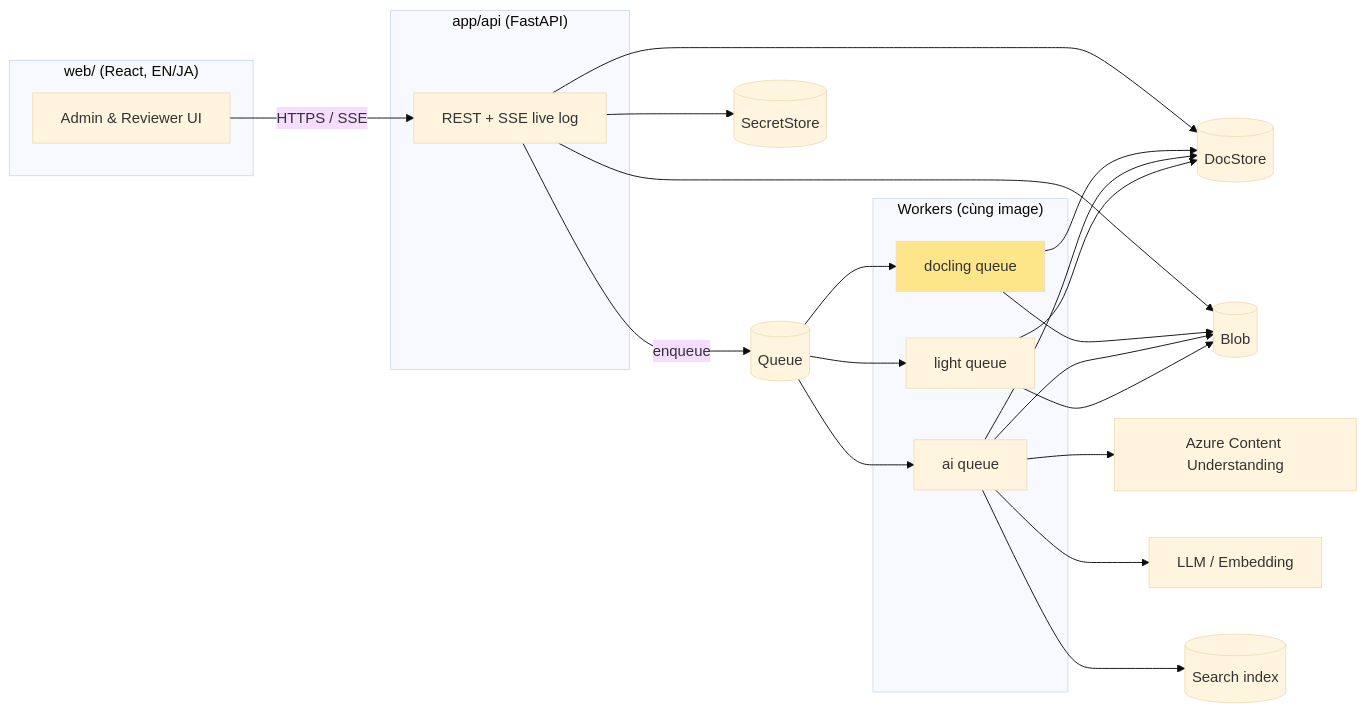
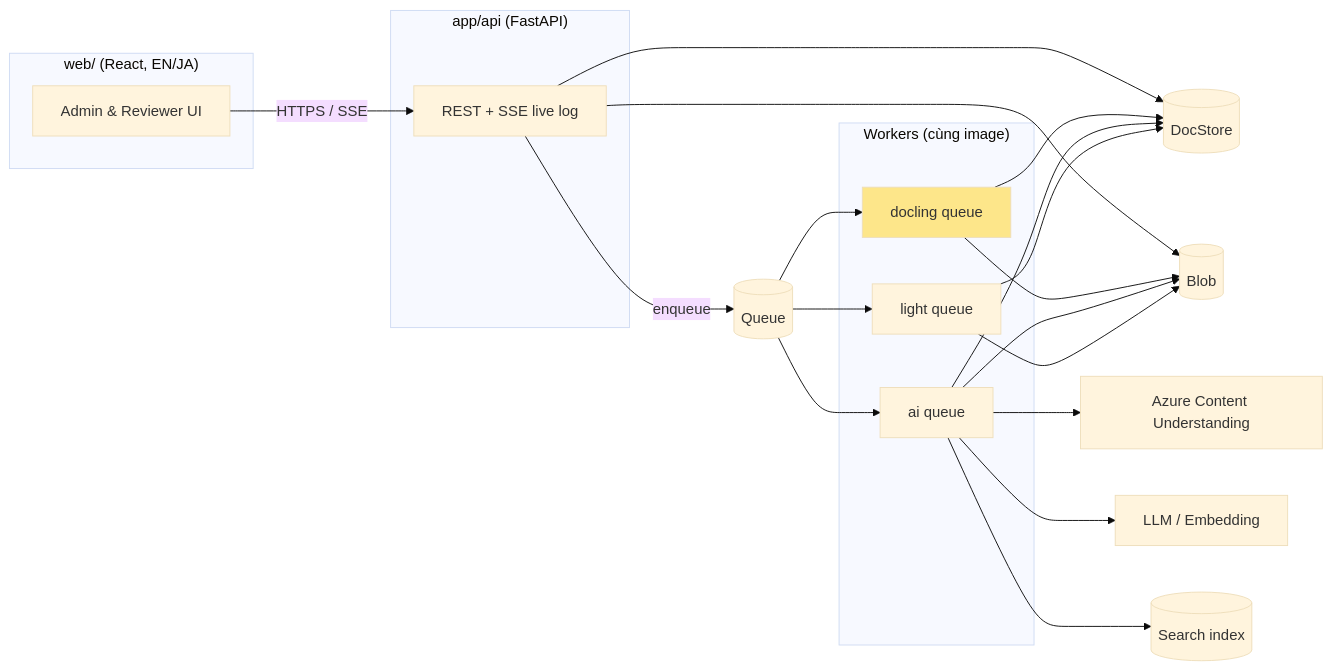
Before and after one commit to sang-hv/hoken-poc: the first of 2 diagrams in docs/ARCHITECTURE.md, drawn with Mermaid (base theme). The commit also changed other lines of this file and 75 other files, not shown here.

````diff
--- a/docs/ARCHITECTURE.md
+++ b/docs/ARCHITECTURE.md
@@ -7,24 +7,23 @@
 ```mermaid
 flowchart LR
   subgraph UI["web/ (React, EN/JA)"]
     A[Admin & Reviewer UI]
   end
   subgraph API["app/api (FastAPI)"]
     R[REST + SSE live log]
   end
   subgraph W["Workers (cùng image)"]
     D[docling queue]:::heavy
     AI[ai queue]
     L[light queue]
   end
   A -- HTTPS / SSE --> R
   R -- enqueue --> Q[(Queue)]
   Q --> D & AI & L
   R & D & AI & L --> DB[(DocStore)]
   R & D & AI & L --> BL[(Blob)]
   AI --> CU[Azure Content Understanding]
   AI --> LLM[LLM / Embedding]
   AI --> S[(Search index)]
-  R --> SEC[(SecretStore)]
   classDef heavy fill:#fde68a
 ```
````
